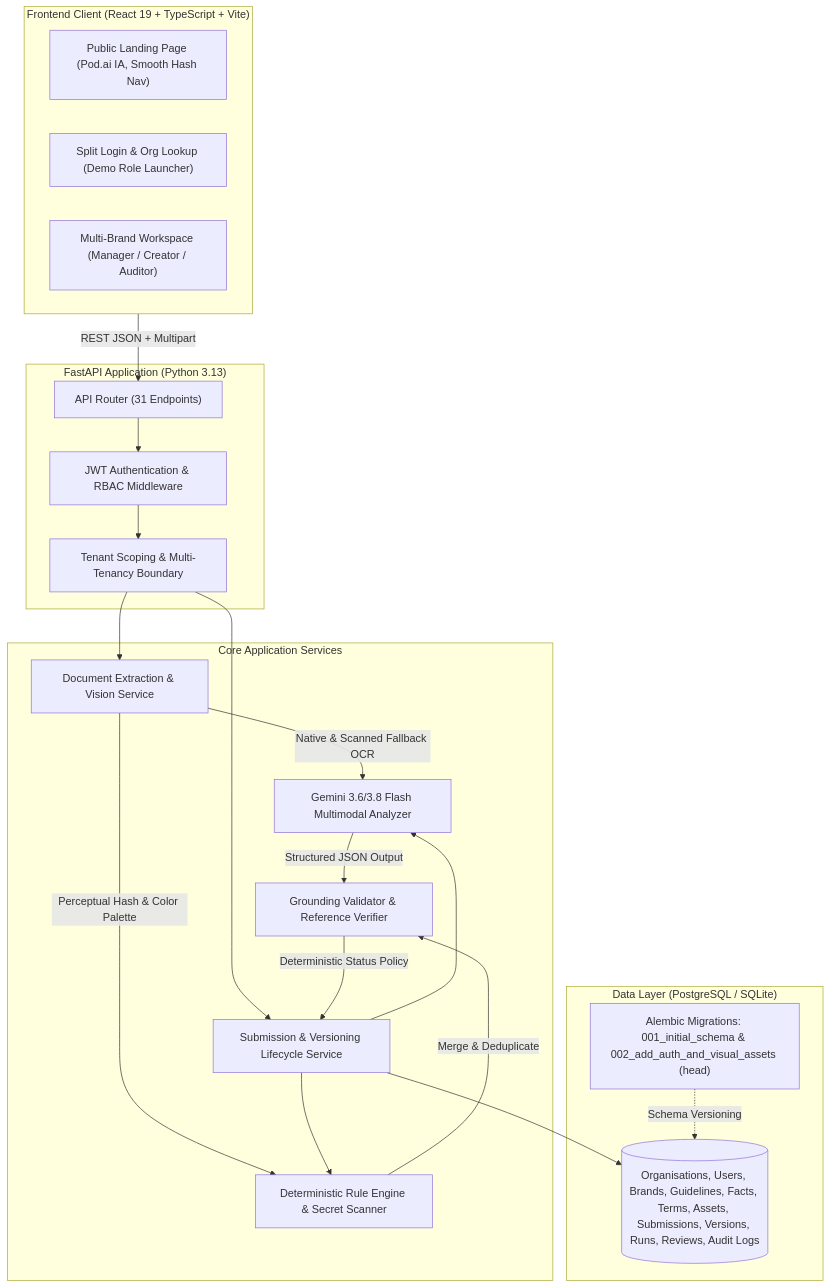
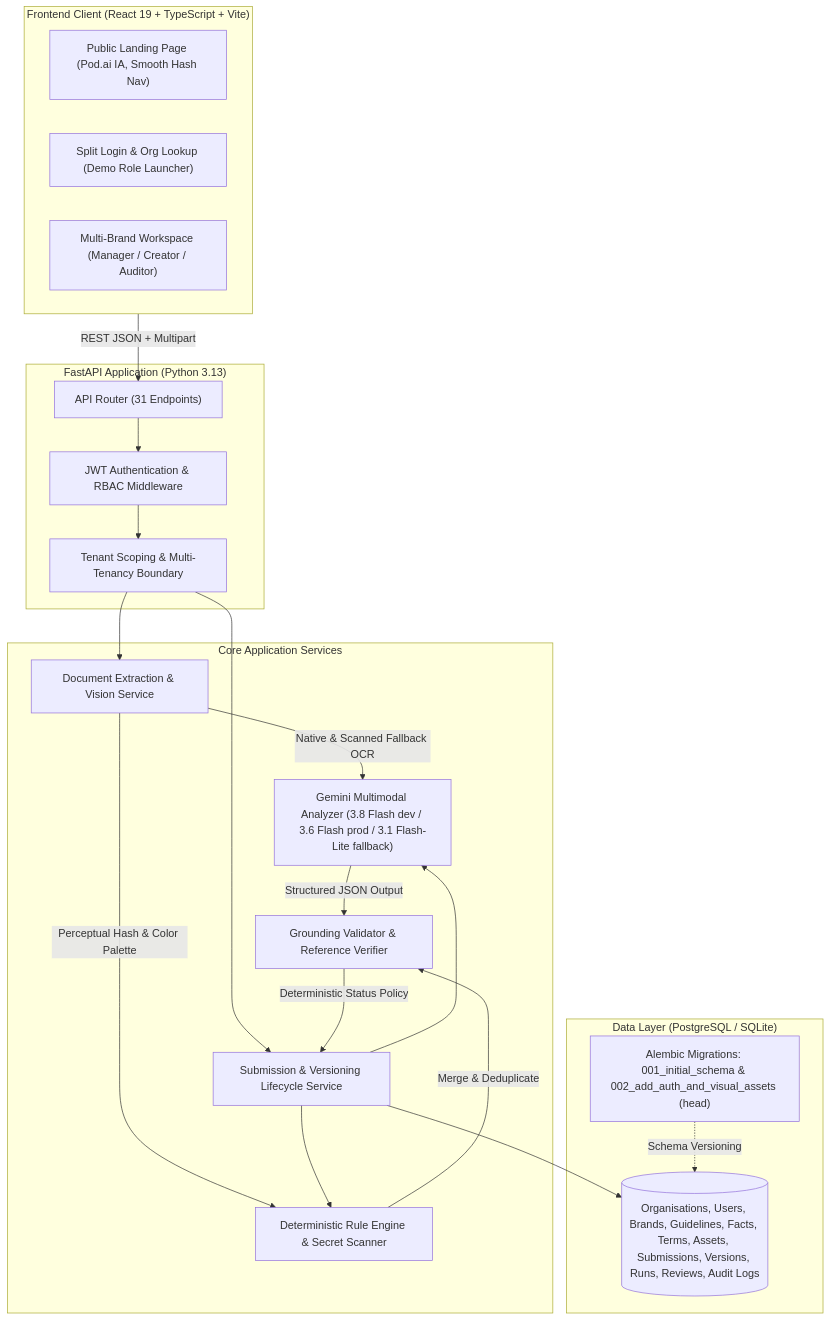
One commit to shatakshi-rawat-130613/inkloom-ai changed the diagram in README.md. Above: the diagram before and after it, drawn with Mermaid. The commit also changed other lines of this file, not shown here.

````diff
--- a/README.md
+++ b/README.md
@@ -94,46 +94,46 @@
 ```mermaid
 flowchart TD
     subgraph Client["Frontend Client (React 19 + TypeScript + Vite)"]
         Landing["Public Landing Page (Pod.ai IA, Smooth Hash Nav)"]
         AuthUI["Split Login & Org Lookup (Demo Role Launcher)"]
         Workspace["Multi-Brand Workspace (Manager / Creator / Auditor)"]
     end
 
     subgraph Gateway["FastAPI Application (Python 3.13)"]
         Router["API Router (31 Endpoints)"]
         AuthMW["JWT Authentication & RBAC Middleware"]
         TenantISO["Tenant Scoping & Multi-Tenancy Boundary"]
     end
 
     subgraph Services["Core Application Services"]
         DocExtract["Document Extraction & Vision Service"]
         RuleEngine["Deterministic Rule Engine & Secret Scanner"]
-        GeminiService["Gemini 3.6/3.8 Flash Multimodal Analyzer"]
+        GeminiService["Gemini Multimodal Analyzer (3.8 Flash dev / 3.6 Flash prod / 3.1 Flash-Lite fallback)"]
         Grounding["Grounding Validator & Reference Verifier"]
         Workflow["Submission & Versioning Lifecycle Service"]
     end
 
     subgraph DataStore["Data Layer (PostgreSQL / SQLite)"]
         Alembic["Alembic Migrations: 001_initial_schema & 002_add_auth_and_visual_assets (head)"]
         Tables[("Organisations, Users, Brands, Guidelines, Facts, Terms, Assets, Submissions, Versions, Runs, Reviews, Audit Logs")]
     end
 
     Client -->|REST JSON + Multipart| Router
     Router --> AuthMW
     AuthMW --> TenantISO
     TenantISO --> DocExtract
     TenantISO --> Workflow
 
     DocExtract -->|Native & Scanned Fallback OCR| GeminiService
     DocExtract -->|Perceptual Hash & Color Palette| RuleEngine
 
     Workflow --> RuleEngine
     Workflow --> GeminiService
 
     RuleEngine -->|Merge & Deduplicate| Grounding
     GeminiService -->|Structured JSON Output| Grounding
 
     Grounding -->|Deterministic Status Policy| Workflow
     Workflow --> Tables
     Alembic -.->|Schema Versioning| Tables
 ```
````
